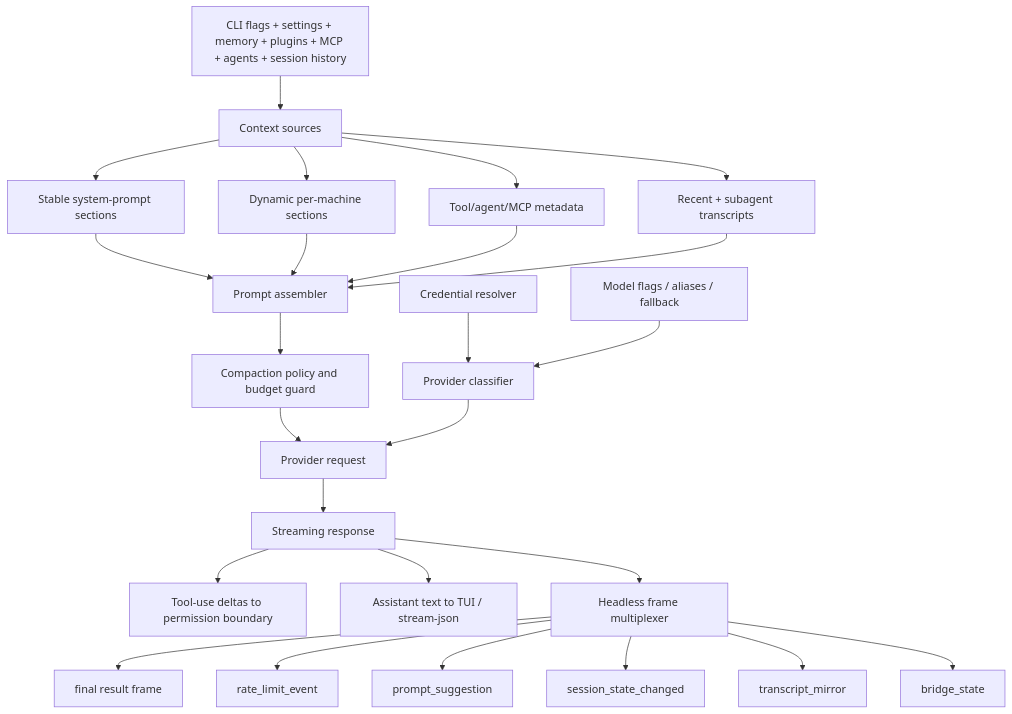
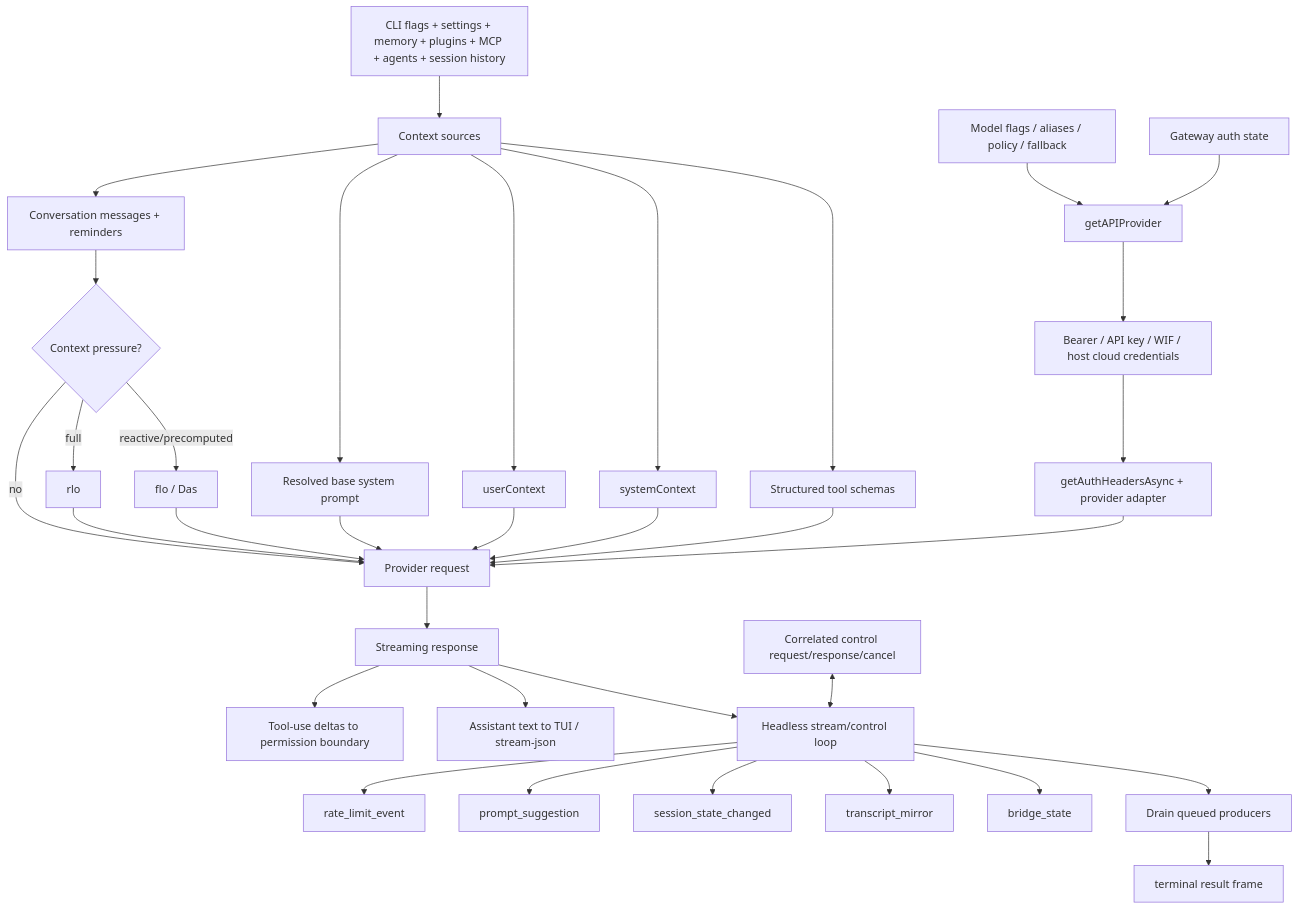
The diagram in docs/02-context-model-loop/architecture.md (vibewatch/claude-code-internals), drawn with Mermaid before and after one commit. The commit also changed other lines of this file and 46 other files, not shown here.

````diff
--- a/docs/02-context-model-loop/architecture.md
+++ b/docs/02-context-model-loop/architecture.md
@@ -54,32 +65,40 @@
 ```mermaid
 flowchart TD
     Inputs[CLI flags + settings + memory + plugins + MCP + agents + session history] --> Sources[Context sources]
-    Sources --> Stable[Stable system-prompt sections]
-    Sources --> Dynamic[Dynamic per-machine sections]
-    Sources --> Tools[Tool/agent/MCP metadata]
-    Sources --> Transcript[Recent + subagent transcripts]
+    Sources --> Base[Resolved base system prompt]
+    Sources --> User[userContext]
+    Sources --> System[systemContext]
+    Sources --> Tools[Structured tool schemas]
+    Sources --> Transcript[Conversation messages + reminders]
 
-    Stable --> Assembler[Prompt assembler]
-    Dynamic --> Assembler
-    Tools --> Assembler
-    Transcript --> Assembler
+    Transcript --> CompactRouter{Context pressure?}
+    CompactRouter -->|no| Request[Provider request]
+    CompactRouter -->|full| Full[rlo]
+    CompactRouter -->|reactive/precomputed| Reactive[flo / Das]
+    Full --> Request
+    Reactive --> Request
+    Base --> Request
+    User --> Request
+    System --> Request
+    Tools --> Request
 
-    Assembler --> Compaction[Compaction policy and budget guard]
-    Compaction --> Request[Provider request]
-
-    Auth[Credential resolver] --> ProviderRouter[Provider classifier]
-    Models[Model flags / aliases / fallback] --> ProviderRouter
-    ProviderRouter --> Request
+    Models[Model flags / aliases / policy / fallback] --> ProviderRouter[getAPIProvider]
+    Gateway[Gateway auth state] --> ProviderRouter
+    ProviderRouter --> AuthMatrix[Bearer / API key / WIF / host cloud credentials]
+    AuthMatrix --> Headers[getAuthHeadersAsync + provider adapter]
+    Headers --> Request
 
     Request --> ModelStream[Streaming response]
     ModelStream --> ToolUse[Tool-use deltas to permission boundary]
     ModelStream --> TextUI[Assistant text to TUI / stream-json]
 
-    ModelStream --> Mux[Headless frame multiplexer]
-    Mux --> Result[final result frame]
+    ModelStream --> Mux[Headless stream/control loop]
+    Control[Correlated control request/response/cancel] <--> Mux
     Mux --> RateLimit[rate_limit_event]
     Mux --> Suggestions[prompt_suggestion]
     Mux --> State[session_state_changed]
     Mux --> Mirror[transcript_mirror]
     Mux --> Bridge[bridge_state]
+    Mux --> Drain[Drain queued producers]
+    Drain --> Result[terminal result frame]
 ```
````
